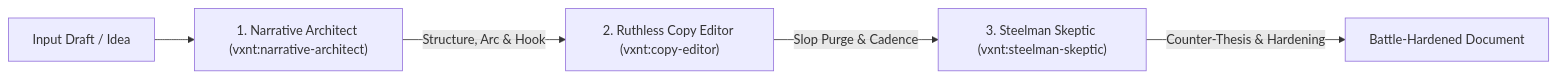
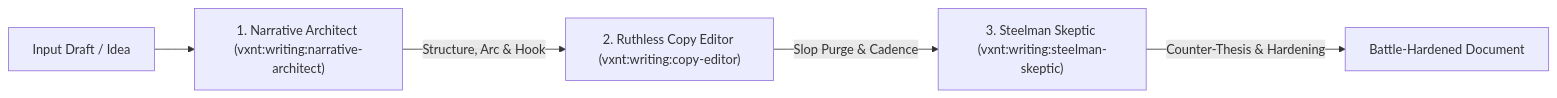
Before and after one commit to visualnaut/skills: the diagram in recipes/writing-gauntlet.md, drawn with Mermaid. The commit also changed other lines of this file and 86 other files, not shown here.

````diff
--- a/recipes/writing-gauntlet.md
+++ b/recipes/writing-gauntlet.md
@@ -14,7 +14,7 @@
 ```mermaid
 flowchart LR
-    A["Input Draft / Idea"] --> B["1. Narrative Architect (vxnt:narrative-architect)"]
-    B -->|Structure, Arc & Hook| C["2. Ruthless Copy Editor (vxnt:copy-editor)"]
-    C -->|Slop Purge & Cadence| D["3. Steelman Skeptic (vxnt:steelman-skeptic)"]
+    A["Input Draft / Idea"] --> B["1. Narrative Architect (vxnt:writing:narrative-architect)"]
+    B -->|Structure, Arc & Hook| C["2. Ruthless Copy Editor (vxnt:writing:copy-editor)"]
+    C -->|Slop Purge & Cadence| D["3. Steelman Skeptic (vxnt:writing:steelman-skeptic)"]
     D -->|Counter-Thesis & Hardening| E["Battle-Hardened Document"]
 ```
````
